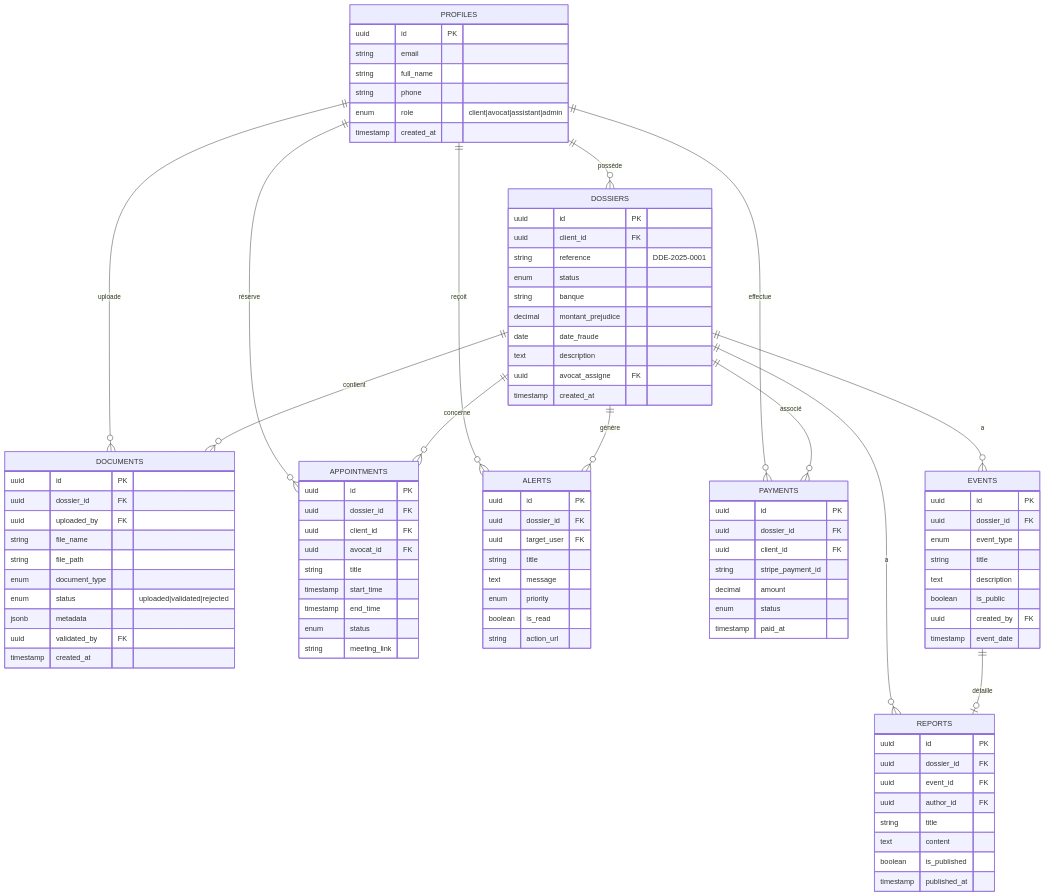
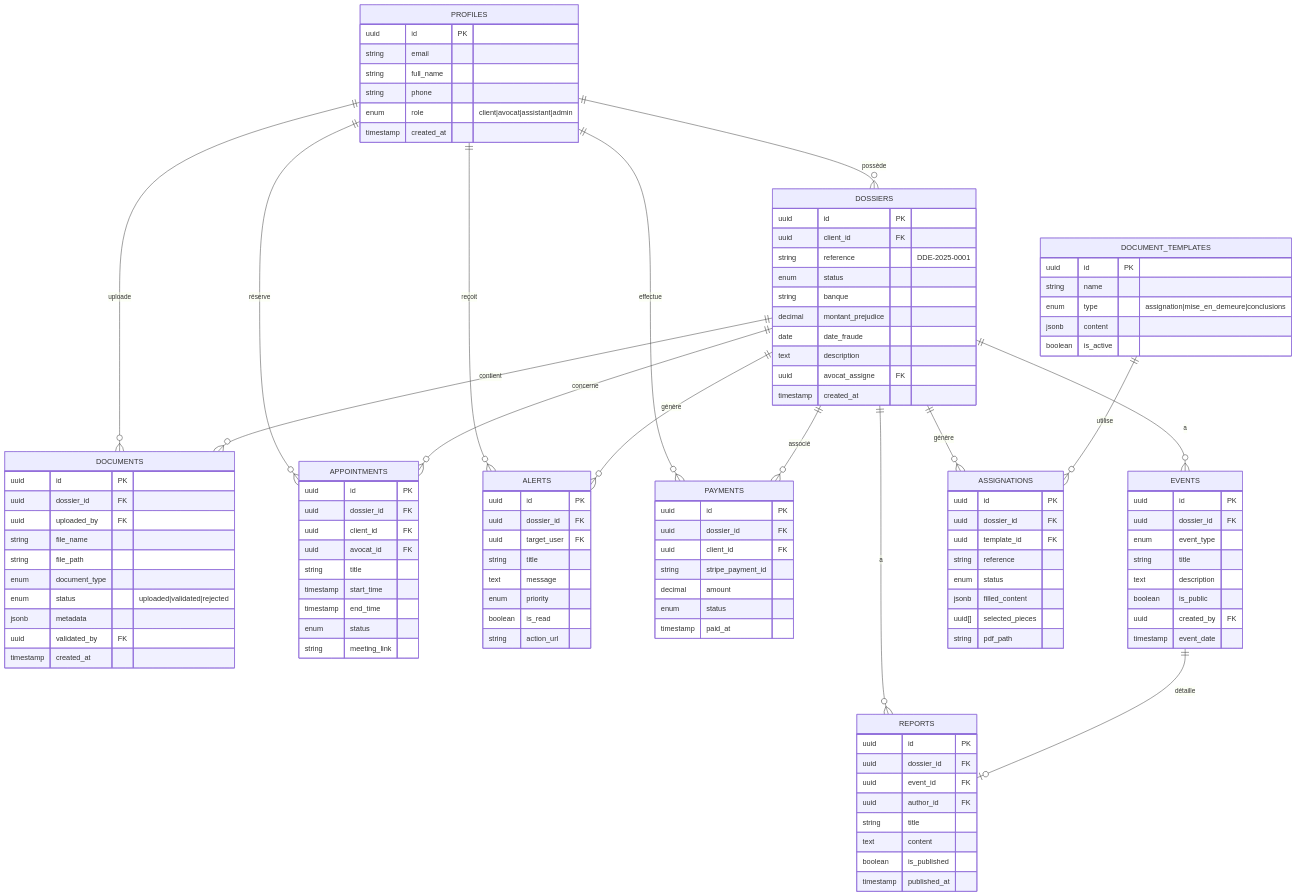
One commit to NMajster/Corentin-app changed the fourth of 8 diagrams in PLAN.md. Above: the diagram before and after it, drawn with Mermaid. The commit also changed other lines of this file, not shown here.

Commit message:
Ajout système génération assignations (modèles, éditeur, export PDF, bordereau)

````diff
--- a/PLAN.md
+++ b/PLAN.md
@@ -254,4 +256,26 @@
         boolean is_read
         string action_url
     }
+
+    DOCUMENT_TEMPLATES {
+        uuid id PK
+        string name
+        enum type "assignation|mise_en_demeure|conclusions"
+        jsonb content
+        boolean is_active
+    }
+
+    ASSIGNATIONS {
+        uuid id PK
+        uuid dossier_id FK
+        uuid template_id FK
+        string reference
+        enum status
+        jsonb filled_content
+        uuid[] selected_pieces
+        string pdf_path
+    }
+
+    DOSSIERS ||--o{ ASSIGNATIONS : "génère"
+    DOCUMENT_TEMPLATES ||--o{ ASSIGNATIONS : "utilise"
 ```
````
